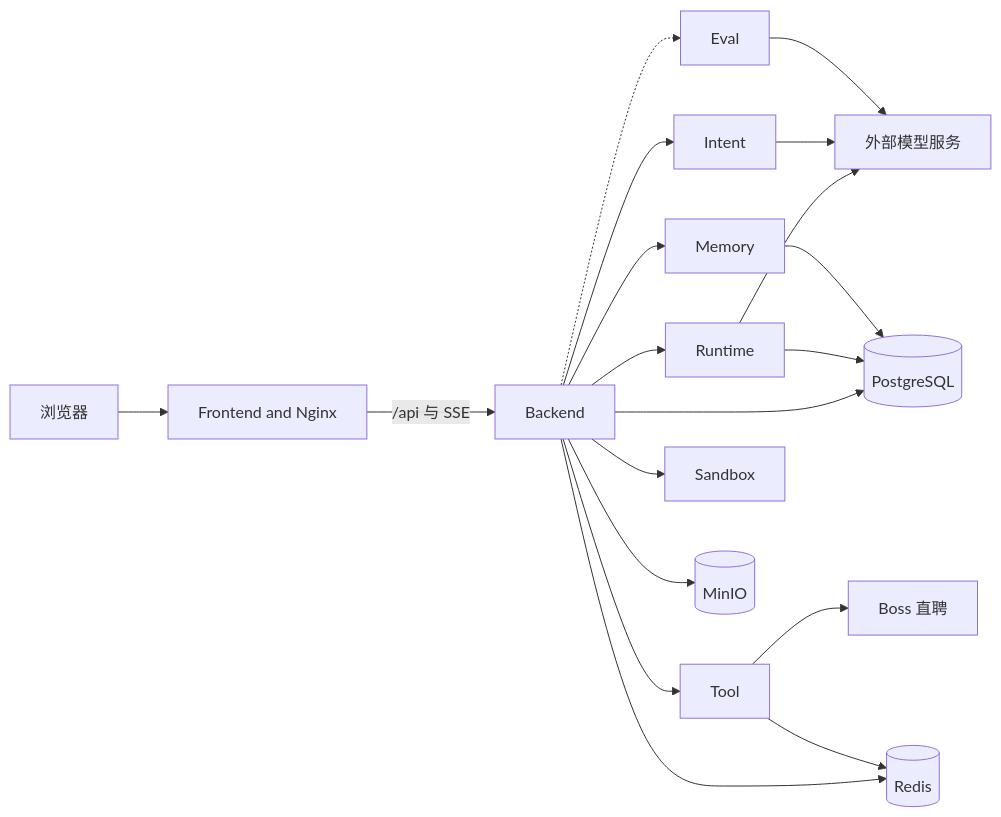
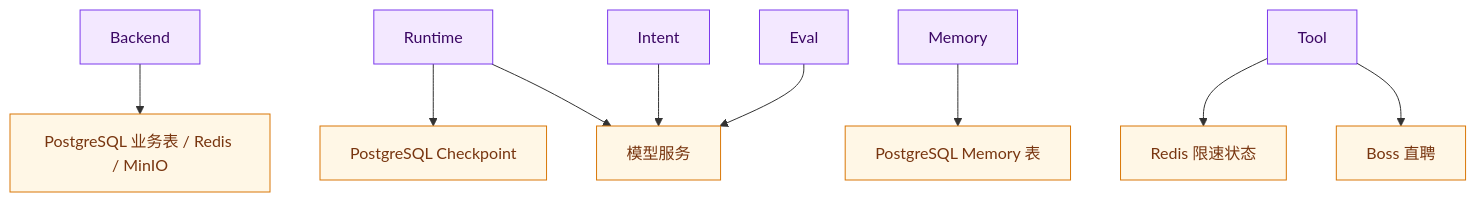
One commit to Logistic98/job-buddy changed the second of 5 diagrams in agent-doc/架构设计/系统架构与核心链路.md. Above: the diagram before and after it, drawn with Mermaid. The commit also changed other lines of this file and 32 other files, not shown here.

````diff
--- a/agent-doc/架构设计/系统架构与核心链路.md
+++ b/agent-doc/架构设计/系统架构与核心链路.md
@@ -66,21 +67,16 @@
 ```mermaid
-graph LR
-    BROWSER[浏览器] --> FRONT["Frontend and Nginx"]
-    FRONT -->|/api 与 SSE| BACKEND[Backend]
-    BACKEND --> RUNTIME[Runtime]
-    BACKEND --> INTENT[Intent]
-    BACKEND --> MEMORY[Memory]
-    BACKEND --> TOOL[Tool]
-    BACKEND -.-> EVAL[Eval]
-    BACKEND --> SANDBOX[Sandbox]
-    RUNTIME --> MODEL[外部模型服务]
-    INTENT --> MODEL
-    EVAL --> MODEL
-    TOOL --> BOSS[Boss 直聘]
-    BACKEND --> PG[(PostgreSQL)]
-    BACKEND --> REDIS[(Redis)]
-    BACKEND --> MINIO[(MinIO)]
-    RUNTIME --> PG
-    MEMORY --> PG
-    TOOL --> REDIS
+graph TD
+    BACKEND[Backend] --> BDATA["PostgreSQL 业务表 / Redis / MinIO"]
+    RUNTIME[Runtime] --> CHECKPOINT["PostgreSQL Checkpoint"]
+    MEMORY[Memory] --> MDATA["PostgreSQL Memory 表"]
+    TOOL[Tool] --> TDATA["Redis 限速状态"]
+    TOOL --> BOSS["Boss 直聘"]
+    RUNTIME --> MODEL[模型服务]
+    INTENT[Intent] --> MODEL
+    EVAL[Eval] --> MODEL
+
+    classDef service fill:#F3E8FF,stroke:#7C3AED,color:#3B0764;
+    classDef resource fill:#FFF7E6,stroke:#D97706,color:#78350F;
+    class BACKEND,RUNTIME,MEMORY,TOOL,INTENT,EVAL service;
+    class BDATA,CHECKPOINT,MDATA,TDATA,MODEL,BOSS resource;
 ```
````
